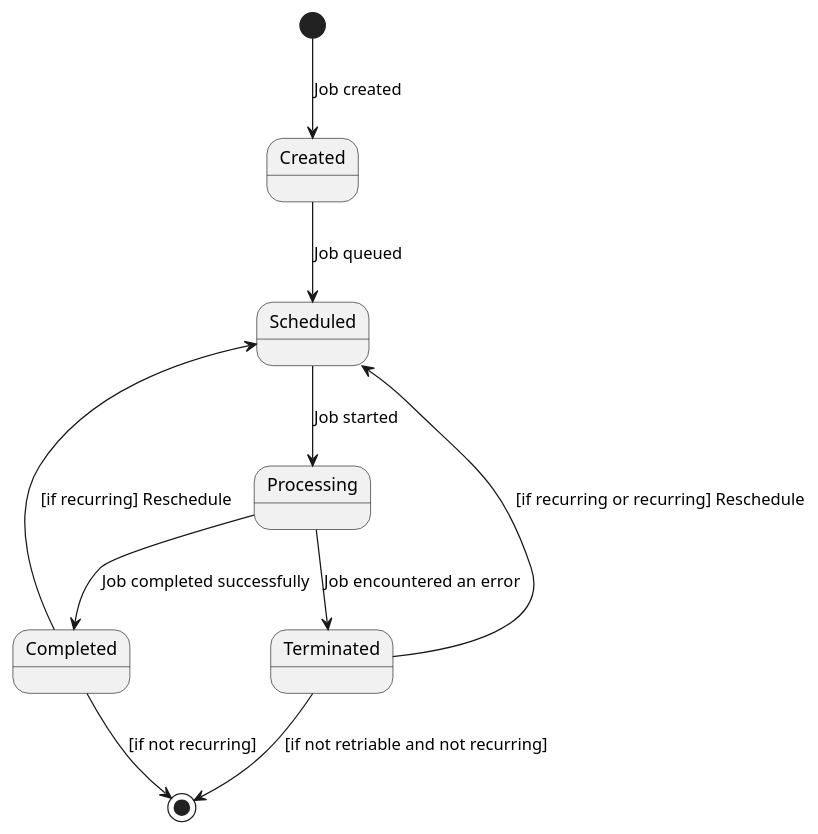
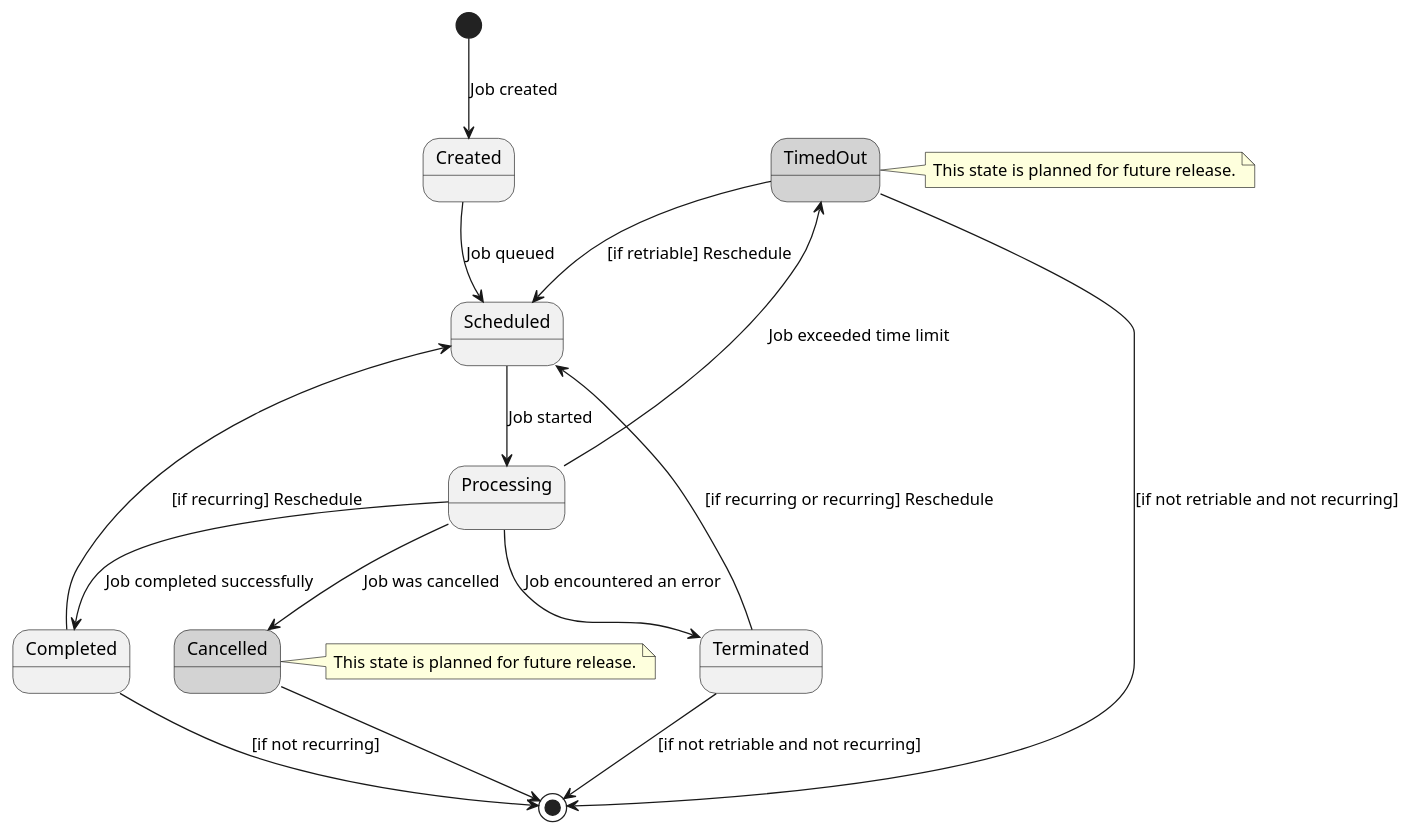
One commit to cybergarage/go-job changed the diagram in doc/img/job-state.pu. Above: the diagram before and after it, drawn with PlantUML. The commit also changed 1 other file, not shown here.

```diff
--- a/doc/img/job-state.pu
+++ b/doc/img/job-state.pu
@@ -1,17 +1,29 @@
 @startuml
 [*] --> Created : Job created
+
+state Cancelled #LightGray
+note right of Cancelled
+  This state is planned for future release.
+end note
+
+state TimedOut #LightGray
+note right of TimedOut
+  This state is planned for future release.
+end note
 
 Created --> Scheduled : Job queued
 Scheduled --> Processing : Job started
 Processing --> Completed : Job completed successfully
 Processing --> Terminated : Job encountered an error
 Terminated --> Scheduled : [if recurring or recurring] Reschedule
 Completed --> Scheduled : [if recurring] Reschedule
 Terminated --> [*] : [if not retriable and not recurring]
 Completed --> [*] : [if not recurring]
 
-' Processing --> Cancelled : Job was cancelled
-' Processing --> TimedOut : Job exceeded time limit
-' TimedOut --> Scheduled : [if retriable] Reschedule
+Processing --> Cancelled : Job was cancelled
+Cancelled --> [*]
+Processing --> TimedOut : Job exceeded time limit
+TimedOut --> Scheduled : [if retriable] Reschedule
+TimedOut --> [*] : [if not retriable and not recurring]
 
 @enduml
```
